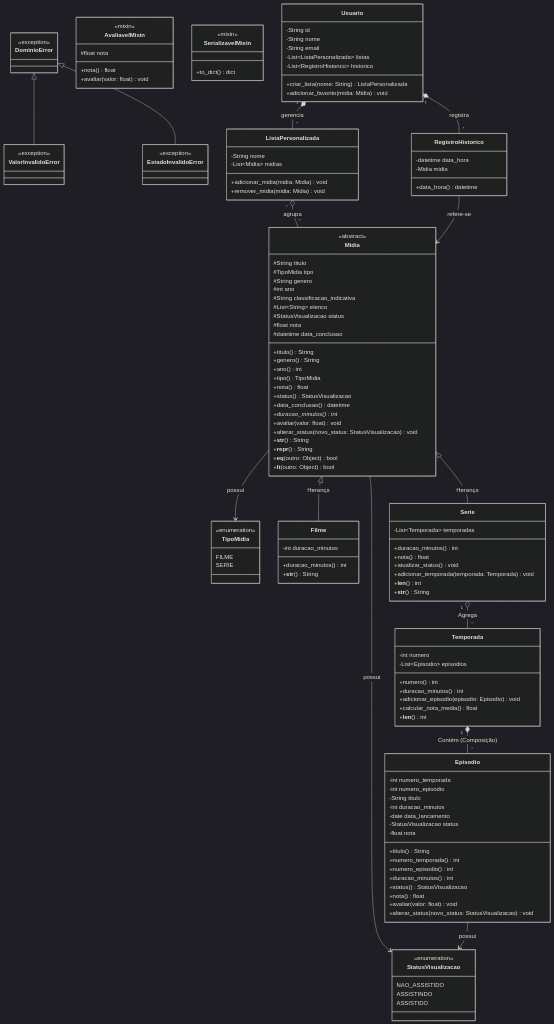
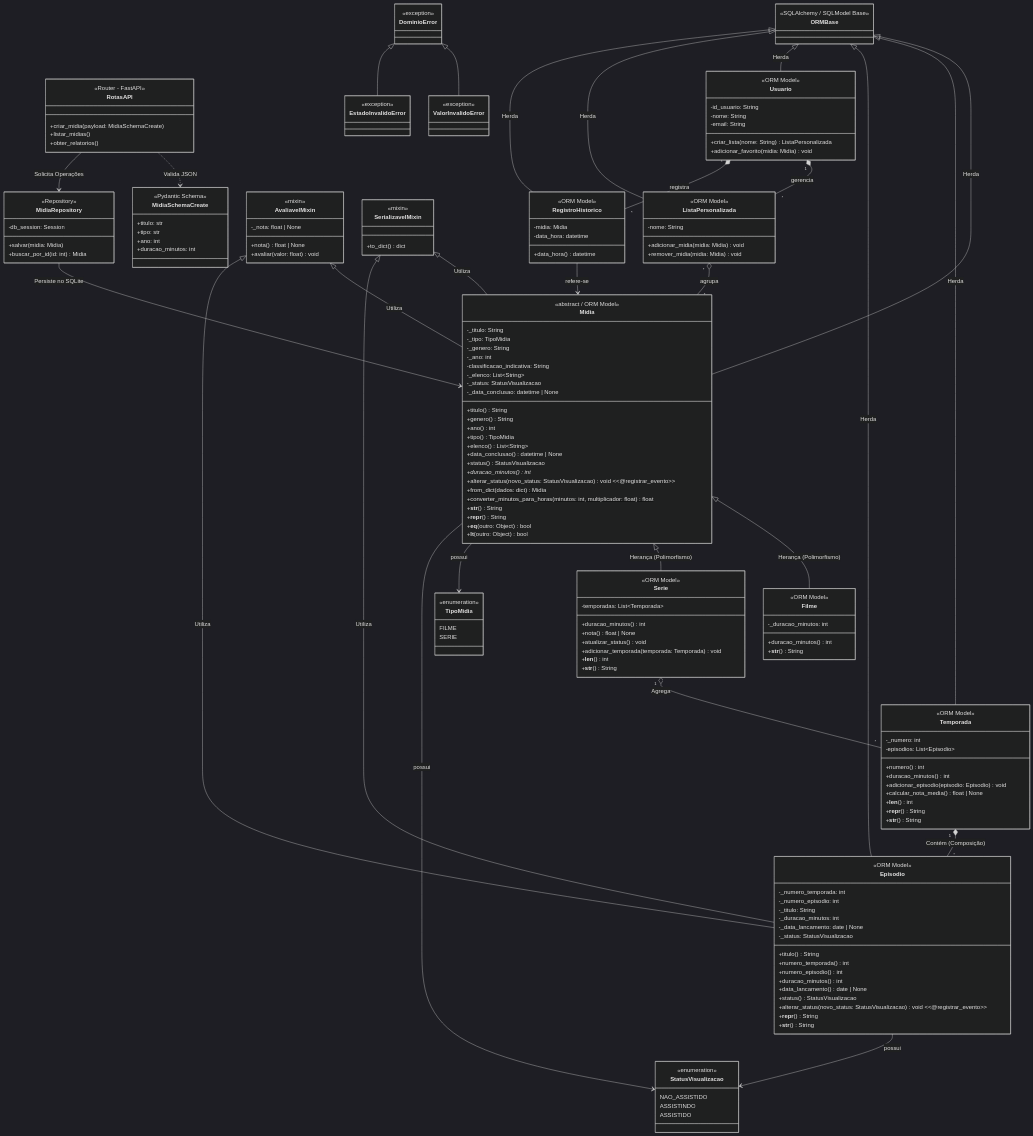
One commit to edson-santos0077/catalogo-de-filmes-e-series changed the diagram in README.md. Above: the diagram before and after it, drawn with Mermaid (dark theme).

Commit message:
Atualização do README.md

````diff
--- a/README.md
+++ b/README.md
@@ -78,6 +78,41 @@
 classDiagram
     direction TB
 
+    %% ==========================================
+    %% CAMADA DE INTERFACE (FASTAPI)
+    %% ==========================================
+    class RotasAPI {
+        <<Router - FastAPI>>
+        +criar_midia(payload: MidiaSchemaCreate)
+        +listar_midias()
+        +obter_relatorios()
+    }
+
+    class MidiaSchemaCreate {
+        <<Pydantic Schema>>
+        +titulo: str
+        +tipo: str
+        +ano: int
+        +duracao_minutos: int
+    }
+
+    %% ==========================================
+    %% CAMADA DE PERSISTÊNCIA (SQLITE / ORM)
+    %% ==========================================
+    class MidiaRepository {
+        <<Repository>>
+        -db_session: Session
+        +salvar(midia: Midia)
+        +buscar_por_id(id: int) Midia
+    }
+
+    class ORMBase {
+        <<SQLAlchemy / SQLModel Base>>
+    }
+
+    %% ==========================================
+    %% ENUMS E EXCEÇÕES DE DOMÍNIO
+    %% ==========================================
     class StatusVisualizacao {
         <<enumeration>>
         NAO_ASSISTIDO
@@ -91,23 +126,20 @@
         SERIE
     }
 
-    class DominioError {
-        <<exception>>
-    }
-    class ValorInvalidoError {
-        <<exception>>
-    }
-    class EstadoInvalidoError {
-        <<exception>>
-    }
+    class DominioError { <<exception>> }
+    class ValorInvalidoError { <<exception>> }
+    class EstadoInvalidoError { <<exception>> }
 
     DominioError <|-- ValorInvalidoError
     DominioError <|-- EstadoInvalidoError
 
+    %% ==========================================
+    %% MIXINS
+    %% ==========================================
     class AvaliavelMixin {
         <<mixin>>
-        #float nota
-        +nota() float
+        -_nota: float | None
+        +nota() float | None
         +avaliar(valor: float) void
     }
 
@@ -116,27 +148,30 @@
         +to_dict() dict
     }
 
+    %% ==========================================
+    %% CAMADA DE DOMÍNIO (MAPEADA NO ORM)
+    %% ==========================================
     class Midia {
-        <<abstract>>
-        #String titulo
-        #TipoMidia tipo
-        #String genero
-        #int ano
-        #String classificacao_indicativa
-        #List~String~ elenco
-        #StatusVisualizacao status
-        #float nota
-        #datetime data_conclusao
+        <<abstract / ORM Model>>
+        -_titulo: String
+        -_tipo: TipoMidia
+        -_genero: String
+        -_ano: int
+        -classificacao_indicativa: String
+        -_elenco: List~String~
+        -_status: StatusVisualizacao
+        -_data_conclusao: datetime | None
         +titulo() String
         +genero() String
         +ano() int
         +tipo() TipoMidia
-        +nota() float
+        +elenco() List~String~
+        +data_conclusao() datetime | None
         +status() StatusVisualizacao
-        +data_conclusao() datetime
         +duracao_minutos()* int
-        +avaliar(valor: float) void
-        +alterar_status(novo_status: StatusVisualizacao) void
+        +alterar_status(novo_status: StatusVisualizacao) void <<@registrar_evento>>
+        +from_dict(dados: dict)$ Midia
+        +converter_minutos_para_horas(minutos: int, multiplicador: float)$ float
         +__str__() String
         +__repr__() String
         +__eq__(outro: Object) bool
@@ -144,15 +179,17 @@
     }
 
     class Filme {
-        -int duracao_minutos
+        <<ORM Model>>
+        -_duracao_minutos: int
         +duracao_minutos() int
         +__str__() String
     }
 
     class Serie {
-        -List~Temporada~ temporadas
+        <<ORM Model>>
+        -temporadas: List~Temporada~
         +duracao_minutos() int
-        +nota() float
+        +nota() float | None
         +atualizar_status() void
         +adicionar_temporada(temporada: Temporada) void
         +__len__() int
@@ -160,73 +197,99 @@
     }
 
     class Temporada {
-        -int numero
-        -List~Episodio~ episodios
+        <<ORM Model>>
+        -_numero: int
+        -episodios: List~Episodio~
         +numero() int
         +duracao_minutos() int
         +adicionar_episodio(episodio: Episodio) void
-        +calcular_nota_media() float
+        +calcular_nota_media() float | None
         +__len__() int
+        +__repr__() String
+        +__str__() String
     }
 
     class Episodio {
-        -int numero_temporada
-        -int numero_episodio
-        -String titulo
-        -int duracao_minutos
-        -date data_lancamento
-        -StatusVisualizacao status
-        -float nota
+        <<ORM Model>>
+        -_numero_temporada: int
+        -_numero_episodio: int
+        -_titulo: String
+        -_duracao_minutos: int
+        -_data_lancamento: date | None
+        -_status: StatusVisualizacao
         +titulo() String
         +numero_temporada() int
         +numero_episodio() int
         +duracao_minutos() int
+        +data_lancamento() date | None
         +status() StatusVisualizacao
-        +nota() float
-        +avaliar(valor: float) void
-        +alterar_status(novo_status: StatusVisualizacao) void
+        +alterar_status(novo_status: StatusVisualizacao) void <<@registrar_evento>>
+        +__repr__() String
+        +__str__() String
     }
 
     class Usuario {
-        -String id
-        -String nome
-        -String email
-        -List~ListaPersonalizada~ listas
-        -List~RegistroHistorico~ historico
+        <<ORM Model>>
+        -id_usuario: String
+        -nome: String
+        -email: String
         +criar_lista(nome: String) ListaPersonalizada
         +adicionar_favorito(midia: Midia) void
     }
 
     class ListaPersonalizada {
-        -String nome
-        -List~Midia~ midias
+        <<ORM Model>>
+        -nome: String
         +adicionar_midia(midia: Midia) void
         +remover_midia(midia: Midia) void
     }
 
     class RegistroHistorico {
-        -datetime data_hora
-        -Midia midia
+        <<ORM Model>>
+        -midia: Midia
+        -data_hora: datetime
         +data_hora() datetime
     }
 
-    %% Herança e Mixins
-    Midia <|-- Filme : Herança
-    Midia <|-- Serie : Herança
+    %% ==========================================
+    %% RELACIONAMENTOS DE HERANÇA E ORM
+    %% ==========================================
+    ORMBase <|-- Midia : Herda
+    ORMBase <|-- Temporada : Herda
+    ORMBase <|-- Episodio : Herda
+    ORMBase <|-- Usuario : Herda
+    ORMBase <|-- ListaPersonalizada : Herda
+    ORMBase <|-- RegistroHistorico : Herda
 
-    %% Agregação e Composição
+    Midia <|-- Filme : Herança (Polimorfismo)
+    Midia <|-- Serie : Herança (Polimorfismo)
+
+    AvaliavelMixin <|-- Midia : Utiliza
+    SerializavelMixin <|-- Midia : Utiliza
+    AvaliavelMixin <|-- Episodio : Utiliza
+    SerializavelMixin <|-- Episodio : Utiliza
+
+    %% ==========================================
+    %% RELACIONAMENTOS DE ASSOCIAÇÃO
+    %% ==========================================
     Serie "1" o-- "*" Temporada : Agrega
     Temporada "1" *-- "*" Episodio : Contém (Composição)
+    Usuario "1" *-- "*" ListaPersonalizada : gerencia
+    Usuario "1" *-- "*" RegistroHistorico : registra
+    ListaPersonalizada "*" o-- "*" Midia : agrupa
+    RegistroHistorico --> Midia : refere-se
 
     %% Uso de Enums
     Midia --> TipoMidia : possui
     Midia --> StatusVisualizacao : possui
     Episodio --> StatusVisualizacao : possui
 
-    %% Relacionamentos do Usuário
-    Usuario "1" *-- "*" ListaPersonalizada : gerencia
-    Usuario "1" *-- "*" RegistroHistorico : registra
-    ListaPersonalizada "*" o-- "*" Midia : agrupa
-    RegistroHistorico --> Midia : refere-se
+    %% ==========================================
+    %% FLUXO DOS FRAMEWORKS EXTERNOS
+    %% ==========================================
+    RotasAPI ..> MidiaSchemaCreate : Valida JSON
+    RotasAPI --> MidiaRepository : Solicita Operações
+    MidiaRepository --> Midia : Persiste no SQLite
+
 
 ```
````
